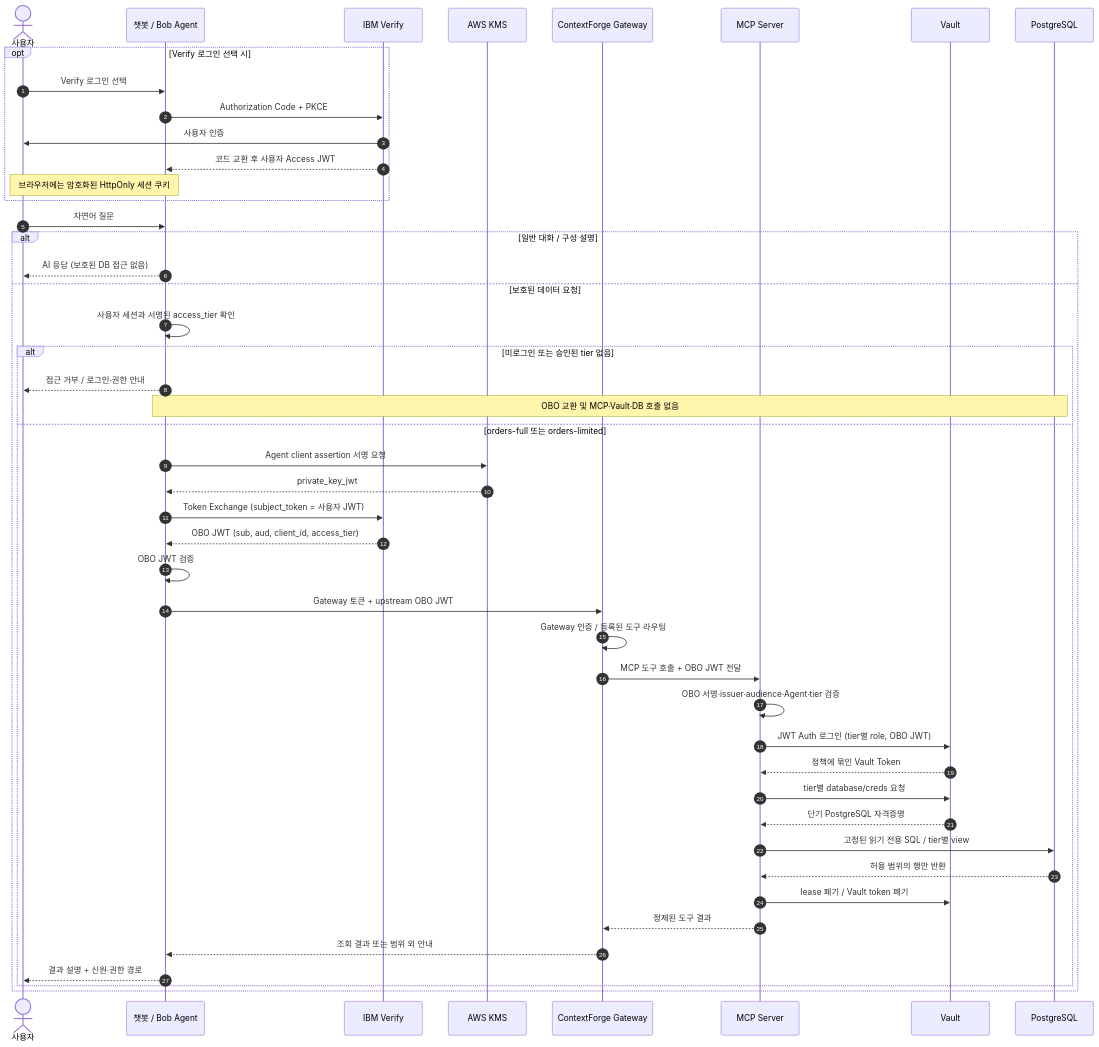
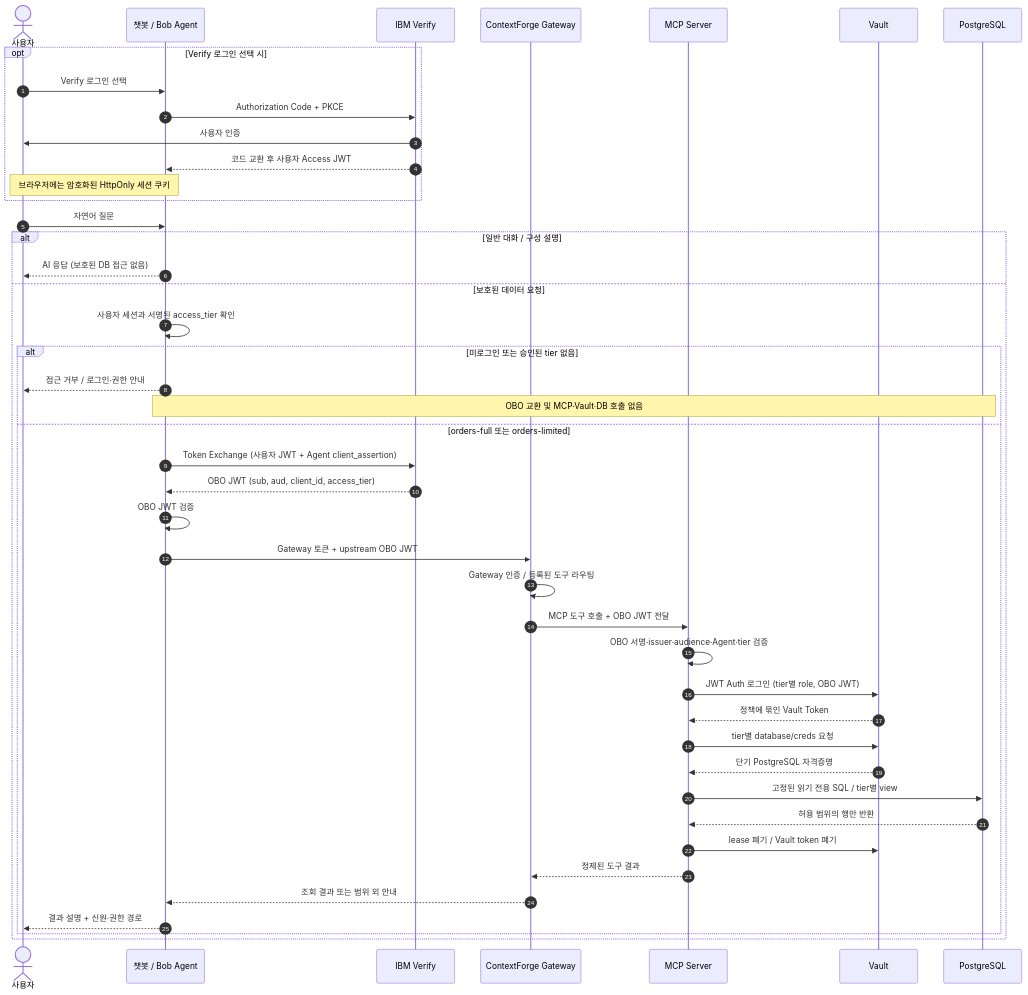
The diagram in README.md (Byeongwook-Heo/vault-agentic-ai-demo), drawn with Mermaid before and after one commit. The commit also changed 1 other file, not shown here.

Commit message:
문서: 한영 시퀀스 다이어그램에서 KMS 보조 단계 제외

````diff
--- a/README.md
+++ b/README.md
@@ -43,49 +43,46 @@
 ```mermaid
 sequenceDiagram
     autonumber
     actor U as 사용자
     participant B as 챗봇 / Bob Agent
     participant V as IBM Verify
-    participant K as AWS KMS
     participant G as ContextForge Gateway
     participant M as MCP Server
     participant H as Vault
     participant D as PostgreSQL
     opt Verify 로그인 선택 시
     U->>B: Verify 로그인 선택
     B->>V: Authorization Code + PKCE
     V->>U: 사용자 인증
     V-->>B: 코드 교환 후 사용자 Access JWT
     Note over U,B: 브라우저에는 암호화된 HttpOnly 세션 쿠키
     end
     U->>B: 자연어 질문
     alt 일반 대화 / 구성 설명
         B-->>U: AI 응답 (보호된 DB 접근 없음)
     else 보호된 데이터 요청
         B->>B: 사용자 세션과 서명된 access_tier 확인
         alt 미로그인 또는 승인된 tier 없음
             B-->>U: 접근 거부 / 로그인·권한 안내
             Note over B,D: OBO 교환 및 MCP·Vault·DB 호출 없음
         else orders-full 또는 orders-limited
-            B->>K: Agent client assertion 서명 요청
-            K-->>B: private_key_jwt
-            B->>V: Token Exchange (subject_token = 사용자 JWT)
+            B->>V: Token Exchange (사용자 JWT + Agent client_assertion)
             V-->>B: OBO JWT (sub, aud, client_id, access_tier)
             B->>B: OBO JWT 검증
             B->>G: Gateway 토큰 + upstream OBO JWT
             G->>G: Gateway 인증 / 등록된 도구 라우팅
             G->>M: MCP 도구 호출 + OBO JWT 전달
             M->>M: OBO 서명·issuer·audience·Agent·tier 검증
             M->>H: JWT Auth 로그인 (tier별 role, OBO JWT)
             H-->>M: 정책에 묶인 Vault Token
             M->>H: tier별 database/creds 요청
             H-->>M: 단기 PostgreSQL 자격증명
             M->>D: 고정된 읽기 전용 SQL / tier별 view
             D-->>M: 허용 범위의 행만 반환
             M->>H: lease 폐기 / Vault token 폐기
             M-->>G: 정제된 도구 결과
             G-->>B: 조회 결과 또는 범위 외 안내
             B-->>U: 결과 설명 + 신원·권한 경로
         end
     end
 ```
````
